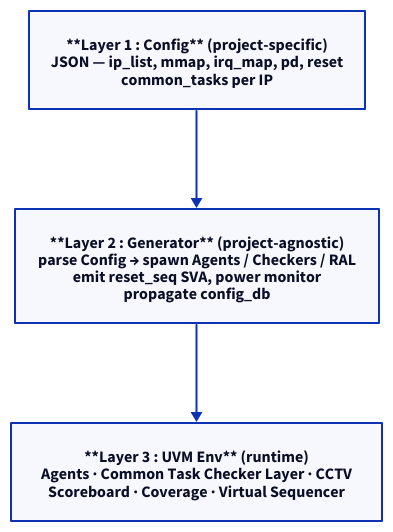
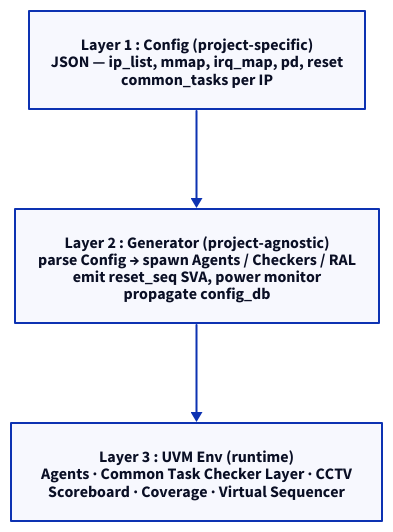
Before and after one commit to humbleowl39/DV_SKOOL: the third of 6 diagrams in starlight_site/src/content/docs/soc_integration_cctv/03_tb_top_and_ai.md, drawn with D2. The commit also changed other lines of this file and 714 other files, not shown here.

First line of the commit message:
fix(site): d2 다이어그램 가독성 결함 6종 일괄 수정

````diff
--- a/starlight_site/src/content/docs/soc_integration_cctv/03_tb_top_and_ai.md
+++ b/starlight_site/src/content/docs/soc_integration_cctv/03_tb_top_and_ai.md
@@ -136,9 +136,9 @@
 ```d2
 direction: down
 
-L1: "**Layer 1 : Config** (project-specific)\nJSON — ip_list, mmap, irq_map, pd, reset\ncommon_tasks per IP"
-L2: "**Layer 2 : Generator** (project-agnostic)\nparse Config → spawn Agents / Checkers / RAL\nemit reset_seq SVA, power monitor\npropagate config_db"
-L3: "**Layer 3 : UVM Env** (runtime)\nAgents · Common Task Checker Layer · CCTV\nScoreboard · Coverage · Virtual Sequencer"
+L1: "Layer 1 : Config (project-specific)\nJSON — ip_list, mmap, irq_map, pd, reset\ncommon_tasks per IP"
+L2: "Layer 2 : Generator (project-agnostic)\nparse Config → spawn Agents / Checkers / RAL\nemit reset_seq SVA, power monitor\npropagate config_db"
+L3: "Layer 3 : UVM Env (runtime)\nAgents · Common Task Checker Layer · CCTV\nScoreboard · Coverage · Virtual Sequencer"
 L1 -> L2
 L2 -> L3
 ```
````
